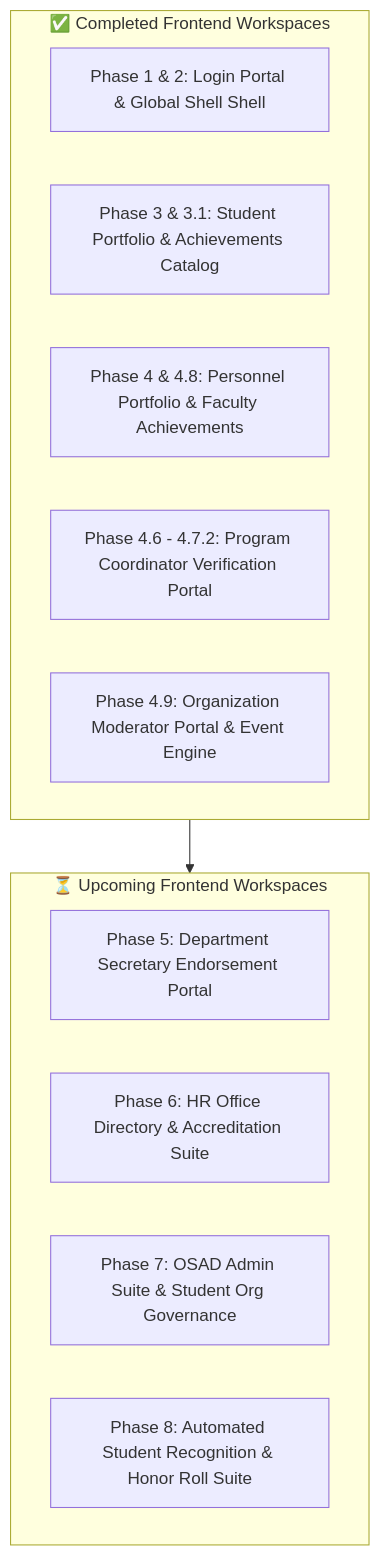
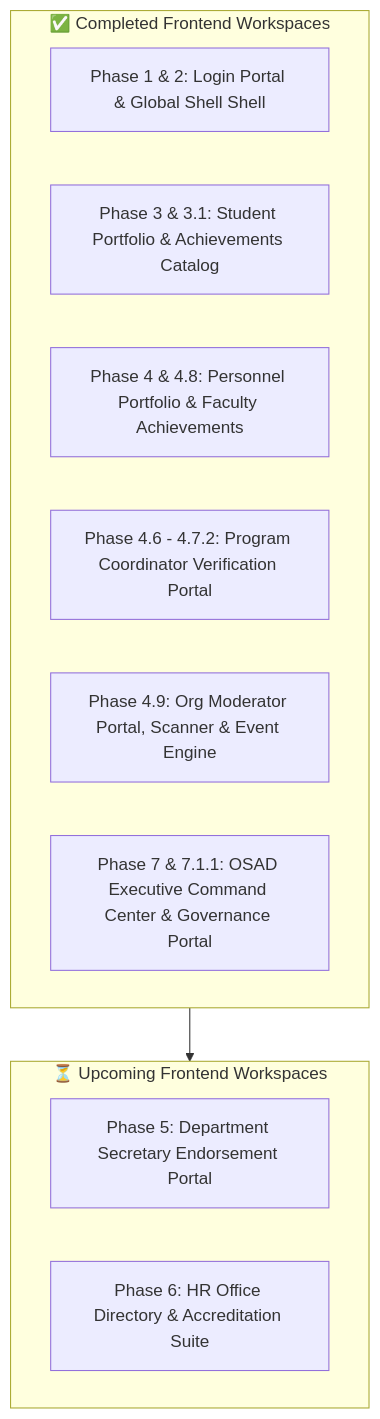
One commit to Astherisk1229/AchieveNest changed the second of 2 diagrams in PROJECT_PROGRESS_ROADMAP.md. Above: the diagram before and after it, drawn with Mermaid. The commit also changed other lines of this file, not shown here.

Commit message:
docs: update progress roadmap to 85% with OSAD Command Center features

````diff
--- a/PROJECT_PROGRESS_ROADMAP.md
+++ b/PROJECT_PROGRESS_ROADMAP.md
@@ -36,19 +36,18 @@
 ```mermaid
 flowchart TD
     subgraph COMPLETED ["✅ Completed Frontend Workspaces"]
         M1["Phase 1 & 2: Login Portal & Global Shell Shell"]
         M2["Phase 3 & 3.1: Student Portfolio & Achievements Catalog"]
         M3["Phase 4 & 4.8: Personnel Portfolio & Faculty Achievements"]
         M4["Phase 4.6 - 4.7.2: Program Coordinator Verification Portal"]
-        M5["Phase 4.9: Organization Moderator Portal & Event Engine"]
+        M5["Phase 4.9: Org Moderator Portal, Scanner & Event Engine"]
+        M6["Phase 7 & 7.1.1: OSAD Executive Command Center & Governance Portal"]
     end
 
     subgraph UPCOMING ["⏳ Upcoming Frontend Workspaces"]
-        M6["Phase 5: Department Secretary Endorsement Portal"]
-        M7["Phase 6: HR Office Directory & Accreditation Suite"]
-        M8["Phase 7: OSAD Admin Suite & Student Org Governance"]
-        M9["Phase 8: Automated Student Recognition & Honor Roll Suite"]
+        M7["Phase 5: Department Secretary Endorsement Portal"]
+        M8["Phase 6: HR Office Directory & Accreditation Suite"]
     end
 
     COMPLETED --> UPCOMING
 ```
````
